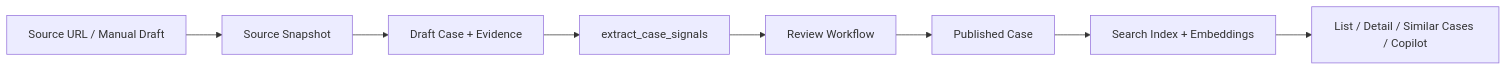
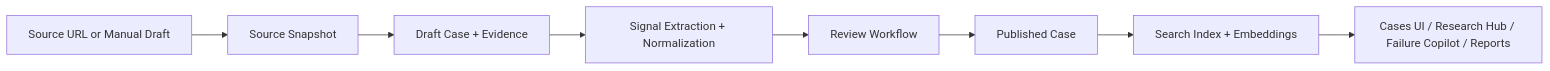
Before and after one commit to dataPro-lgtm/startup-graveyard: the diagram in README.md, drawn with Mermaid. The commit also changed other lines of this file and 25 other files, not shown here.

````diff
--- a/README.md
+++ b/README.md
@@ -57,10 +60,10 @@
 ```mermaid
 flowchart LR
-  A["Source URL / Manual Draft"] --> B["Source Snapshot"]
+  A["Source URL or Manual Draft"] --> B["Source Snapshot"]
   B --> C["Draft Case + Evidence"]
-  C --> D["extract_case_signals"]
+  C --> D["Signal Extraction + Normalization"]
   D --> E["Review Workflow"]
   E --> F["Published Case"]
   F --> G["Search Index + Embeddings"]
-  G --> H["List / Detail / Similar Cases / Copilot"]
+  G --> H["Cases UI / Research Hub / Failure Copilot / Reports"]
 ```
````
